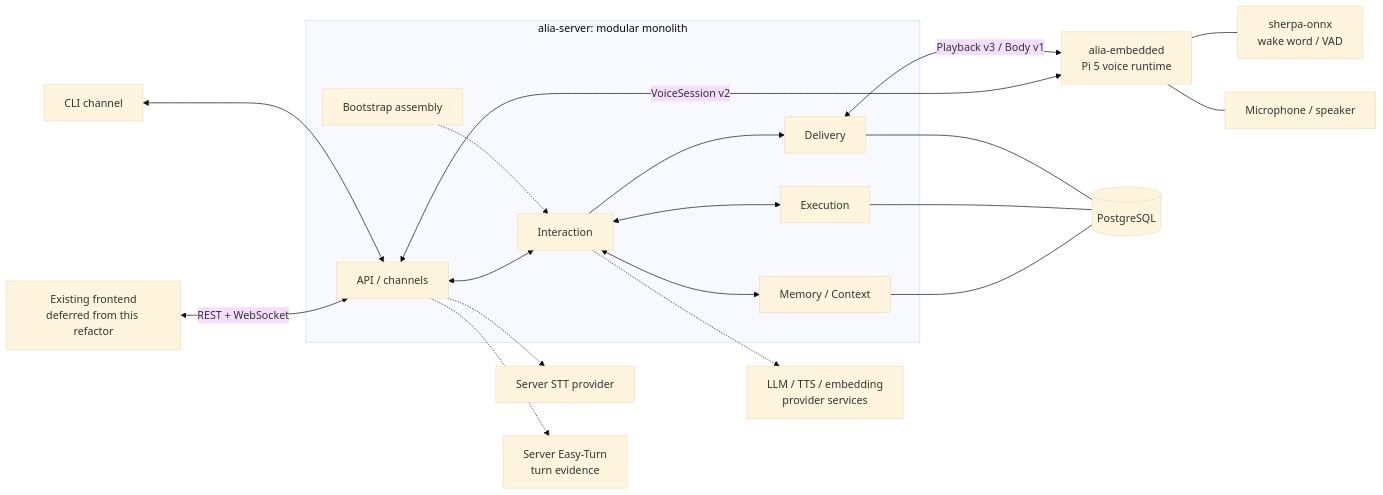
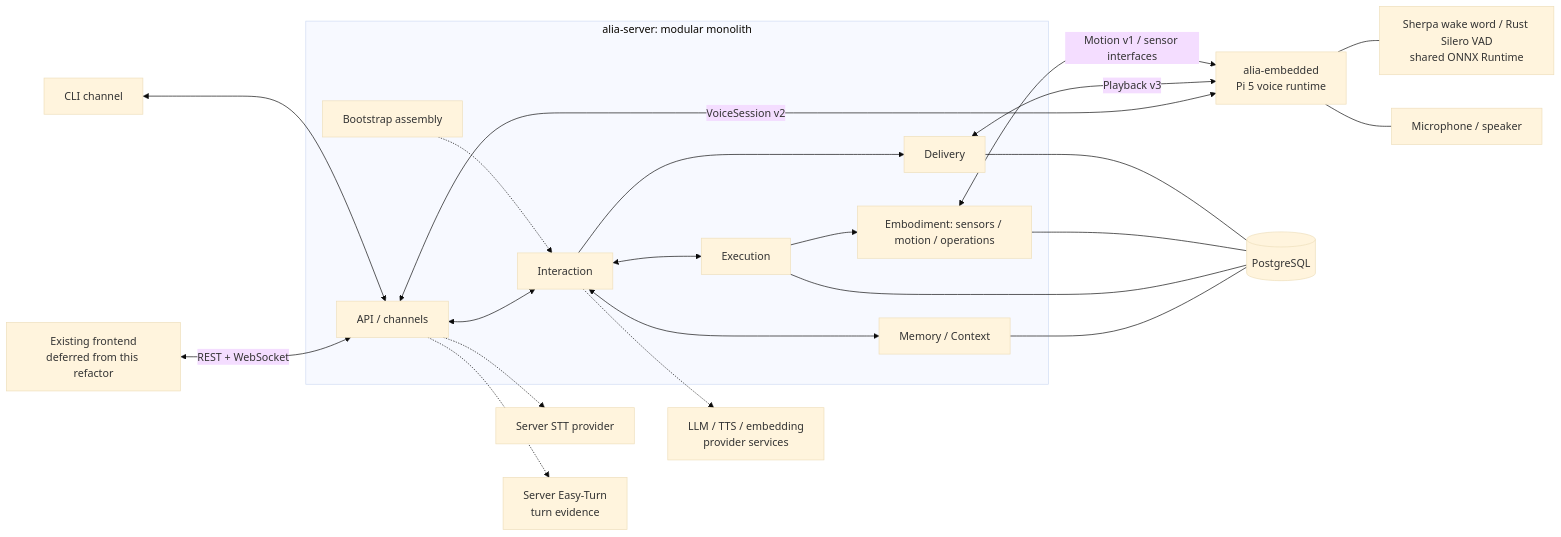
The diagram in docs/architecture/overview.md (Ke-Qiao/project-alia), drawn with Mermaid (base theme) before and after one commit. The commit also changed other lines of this file and 369 other files, not shown here.

````diff
--- a/docs/architecture/overview.md
+++ b/docs/architecture/overview.md
@@ -15,22 +15,25 @@
 ```mermaid
 graph LR
     Frontend["Existing frontend<br/>deferred from this refactor"] <-->|"REST + WebSocket"| Ingress
     CLI["CLI channel"] <--> Ingress
     subgraph Server["alia-server: modular monolith"]
         Ingress["API / channels"] <--> Interaction
         Interaction <--> Memory["Memory / Context"]
         Interaction <--> Execution
+        Execution --> Embodiment["Embodiment: sensors / motion / operations"]
         Interaction --> Delivery
         Bootstrap["Bootstrap assembly"] -.-> Interaction
     end
     Ingress <-->|"VoiceSession v2"| Embedded["alia-embedded<br/>Pi 5 voice runtime"]
-    Delivery <-->|"Playback v3 / Body v1"| Embedded
+    Delivery <-->|"Playback v3"| Embedded
+    Embodiment <-->|"Motion v1 / sensor interfaces"| Embedded
     Memory --- Postgres[("PostgreSQL")]
     Execution --- Postgres
+    Embodiment --- Postgres
     Delivery --- Postgres
     Interaction -.-> Models["LLM / TTS / embedding<br/>provider services"]
     Ingress -.-> STT["Server STT provider"]
     Ingress -.-> Turn["Server Easy-Turn<br/>turn evidence"]
-    Embedded --- LocalModels["sherpa-onnx<br/>wake word / VAD"]
+    Embedded --- LocalModels["Sherpa wake word / Rust Silero VAD<br/>shared ONNX Runtime"]
     Embedded --- Audio["Microphone / speaker"]
 ```
````
